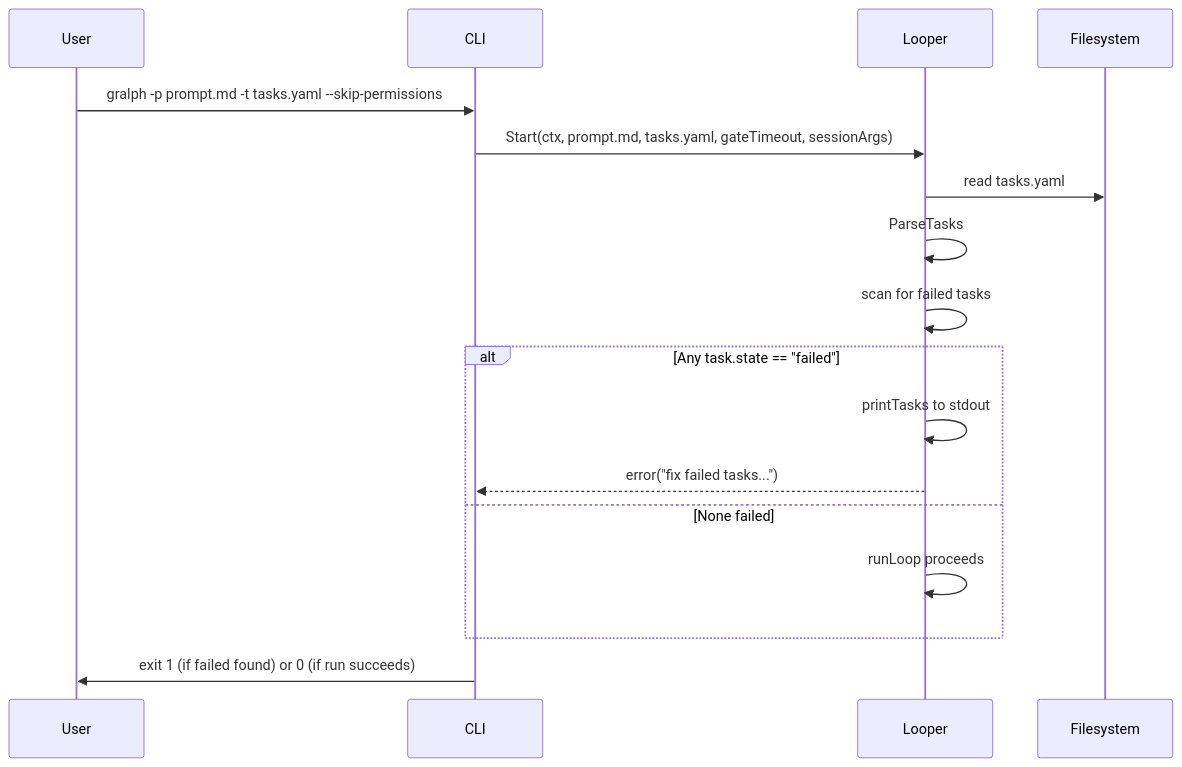
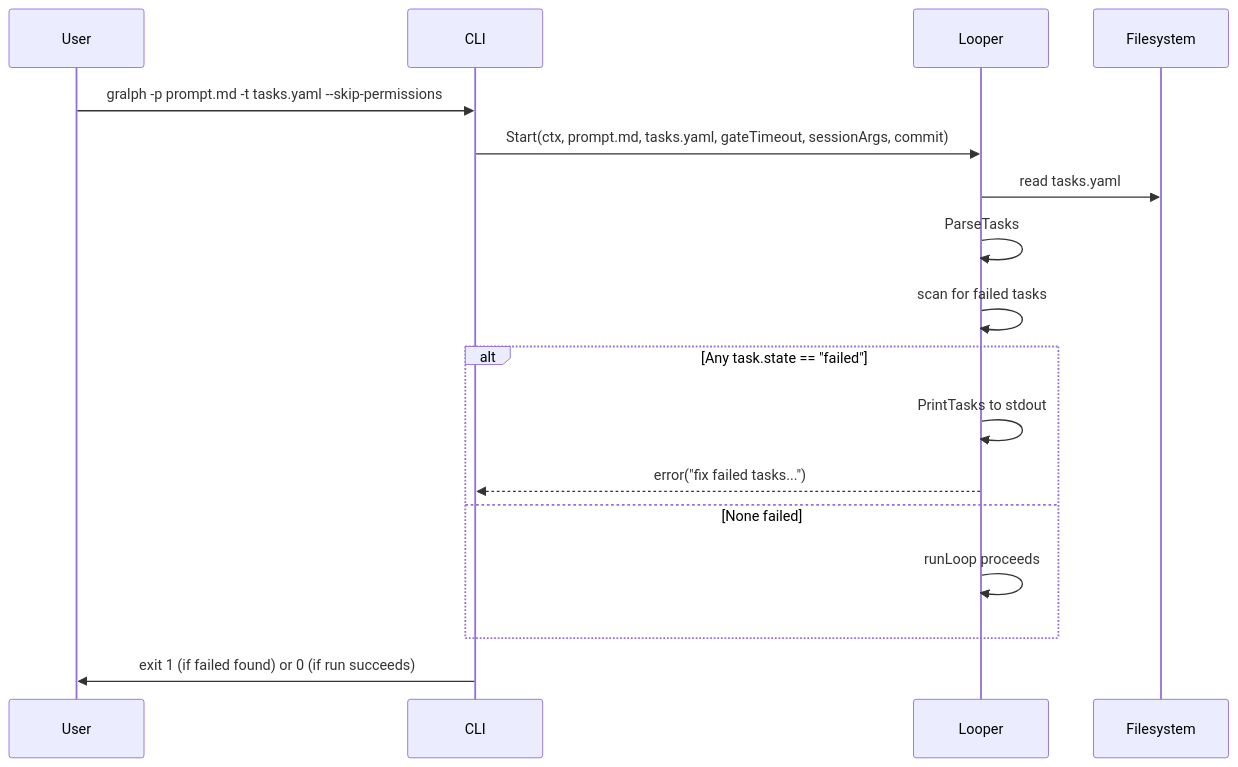
The fourth of 6 diagrams in docs/architecture/03_system_architecture.md (twistingmercury/gralph), drawn with Mermaid before and after one commit. The commit also changed other lines of this file and 30 other files, not shown here.

````diff
--- a/docs/architecture/03_system_architecture.md
+++ b/docs/architecture/03_system_architecture.md
@@ -333,20 +339,20 @@
 ```mermaid
 sequenceDiagram
     participant User
     participant CLI
     participant Looper
     participant Filesystem
 
     User->>CLI: gralph -p prompt.md -t tasks.yaml --skip-permissions
-    CLI->>Looper: Start(ctx, prompt.md, tasks.yaml, gateTimeout, sessionArgs)
+    CLI->>Looper: Start(ctx, prompt.md, tasks.yaml, gateTimeout, sessionArgs, commit)
     Looper->>Filesystem: read tasks.yaml
     Looper->>Looper: ParseTasks
     Looper->>Looper: scan for failed tasks
     alt Any task.state == "failed"
-        Looper->>Looper: printTasks to stdout
+        Looper->>Looper: PrintTasks to stdout
         Looper-->>CLI: error("fix failed tasks...")
     else None failed
         Looper->>Looper: runLoop proceeds
     end
     CLI->>User: exit 1 (if failed found) or 0 (if run succeeds)
 ```
````
